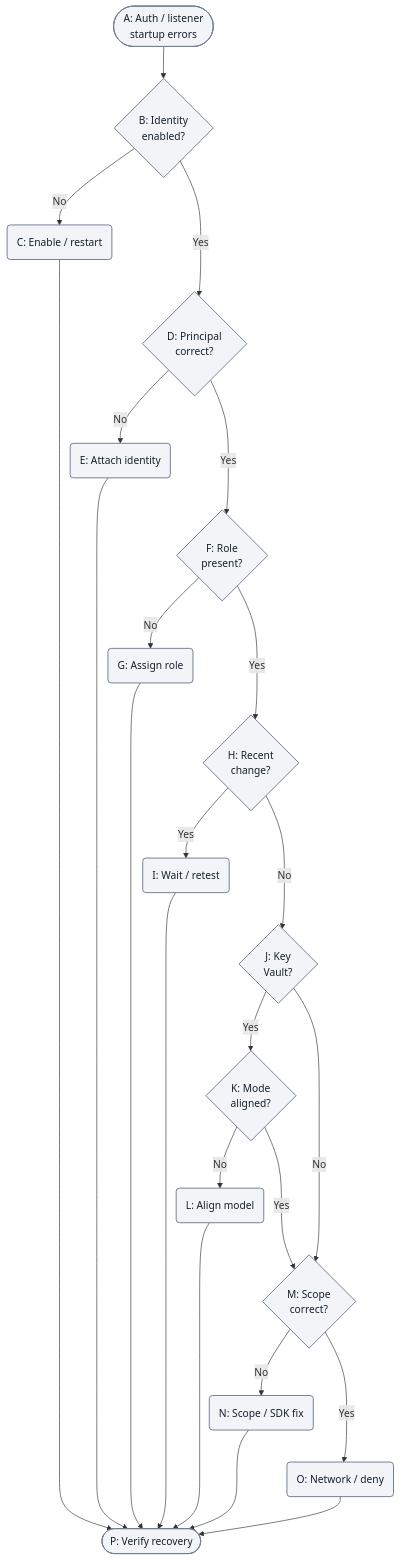
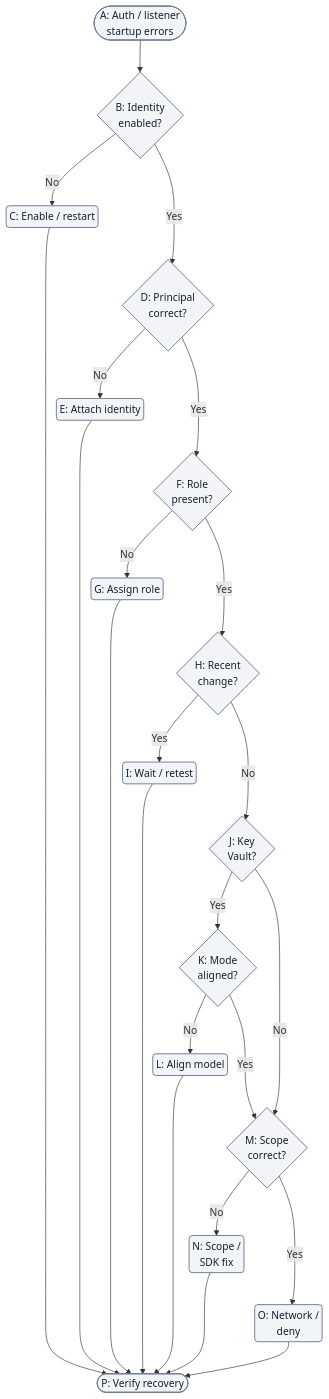
One commit to yeongseon/azure-functions-practical-guide changed the first of 4 diagrams in docs/troubleshooting/playbooks/auth-config/managed-identity-rbac-failure.md. Above: the diagram before and after it, drawn with Mermaid. The commit also changed other lines of this file, not shown here.

First line of the commit message:
docs(diagrams): improve identity timeline and decision legibility

````diff
--- a/docs/troubleshooting/playbooks/auth-config/managed-identity-rbac-failure.md
+++ b/docs/troubleshooting/playbooks/auth-config/managed-identity-rbac-failure.md
@@ -90,37 +90,37 @@
 ```mermaid
-%%{init: {"flowchart":{"nodeSpacing":10}}}%%
+%%{init: {"flowchart":{"nodeSpacing":10,"padding":5}}}%%
 flowchart TD
     accTitle: Managed identity diagnostic decisions
     accDescr: Illustrative Yes-No checks for identity selection, roles, recent changes, vault permission model and token scope. Branches select investigations or actions, not proven diagnoses; verify against the disproof sections.
     A(["A: Auth / listener<br/>startup errors"]) --> B{"B: Identity<br/>enabled?"}
     B -->|No| C("C: Enable / restart")
     B -->|Yes| D{"D: Principal<br/>correct?"}
     D -->|No| E("E: Attach identity")
     D -->|Yes| F{"F: Role<br/>present?"}
     F -->|No| G("G: Assign role")
     F -->|Yes| H{"H: Recent<br/>change?"}
     H -->|Yes| I("I: Wait / retest")
     H -->|No| J{"J: Key<br/>Vault?"}
     J -->|Yes| K{"K: Mode<br/>aligned?"}
     K -->|No| L("L: Align model")
     K -->|Yes| M{"M: Scope<br/>correct?"}
     J -->|No| M
-    M -->|No| N("N: Scope / SDK fix")
-    M -->|Yes| O("O: Network / deny")
+    M -->|No| N("N: Scope /<br/>SDK fix")
+    M -->|Yes| O("O: Network /<br/>deny")
     C --> P(["P: Verify recovery"])
     E --> P
     G --> P
     I --> P
     L --> P
     N --> P
     O --> P
     %% Layout-only links serialize checks; they add no diagnostic steps or arrows.
     C ~~~ D
     E ~~~ F
     G ~~~ H
     I ~~~ J
     L ~~~ M
     N ~~~ O
     classDef neutral fill:#f2f4f8,stroke:#707e93,stroke-width:1.5px,color:#14202e;
     class A,B,C,D,E,F,G,H,I,J,K,L,M,N,O,P neutral;
 ```
````
